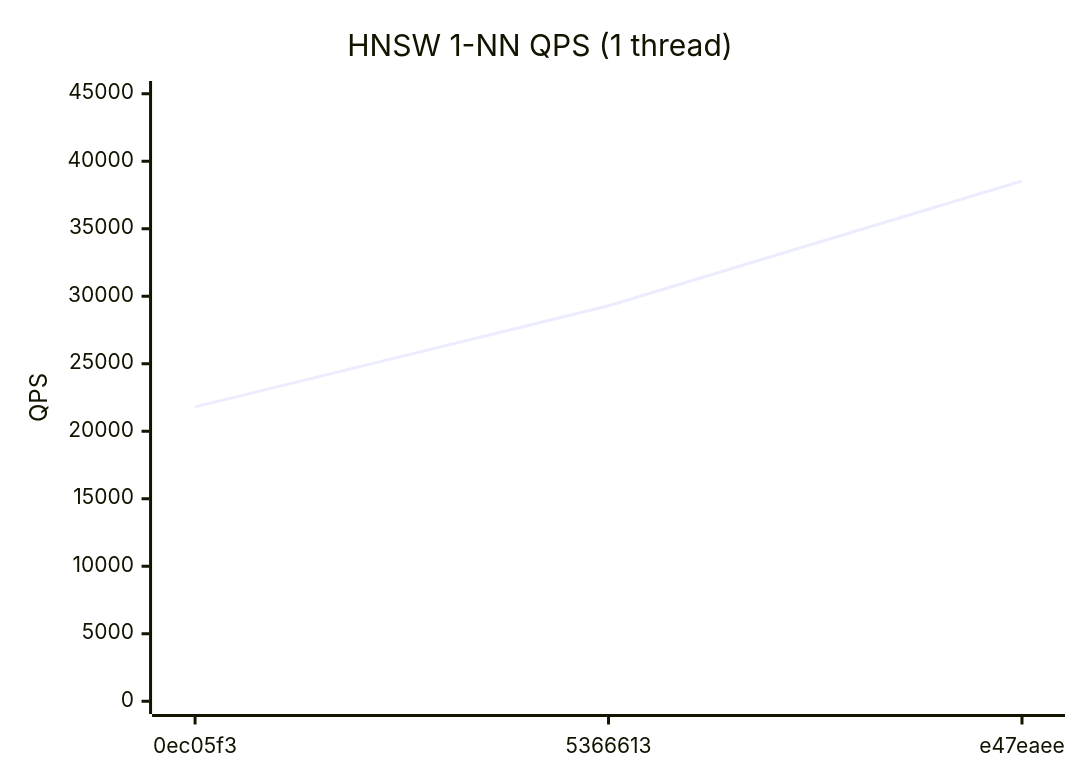
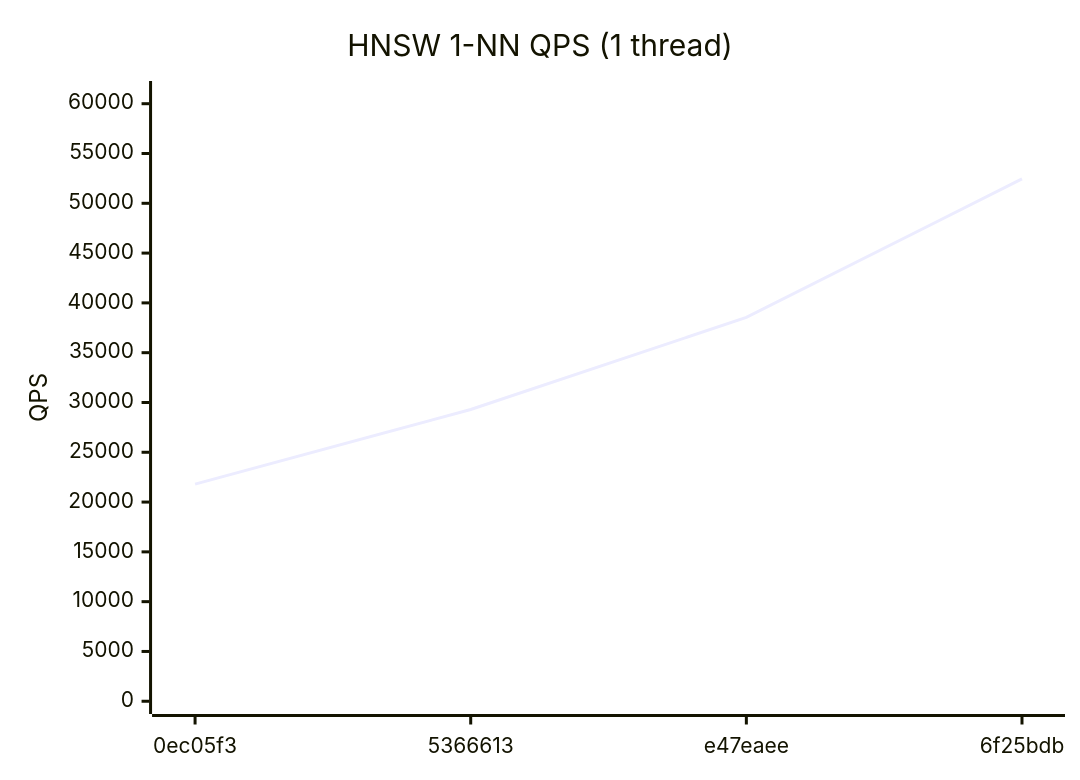
One commit to bibidhSubedi0/RedBoxDb changed the first of 4 diagrams in benchmarks/REPORT.md. Above: the diagram before and after it, drawn with Mermaid. The commit also changed other lines of this file and 1 other file, not shown here.

Commit message:
bench: update performance report [6f25bdb] [skip ci]

````diff
--- a/benchmarks/REPORT.md
+++ b/benchmarks/REPORT.md
@@ -19,7 +19,7 @@
 ```mermaid
 xychart-beta
   title "HNSW 1-NN QPS (1 thread)"
-  x-axis ["0ec05f3", "5366613", "e47eaee"]
-  y-axis "QPS" 0 --> 45000
-  line [21803, 29297, 38537]
+  x-axis ["0ec05f3", "5366613", "e47eaee", "6f25bdb"]
+  y-axis "QPS" 0 --> 61000
+  line [21803, 29297, 38537, 52456]
 ```
````
